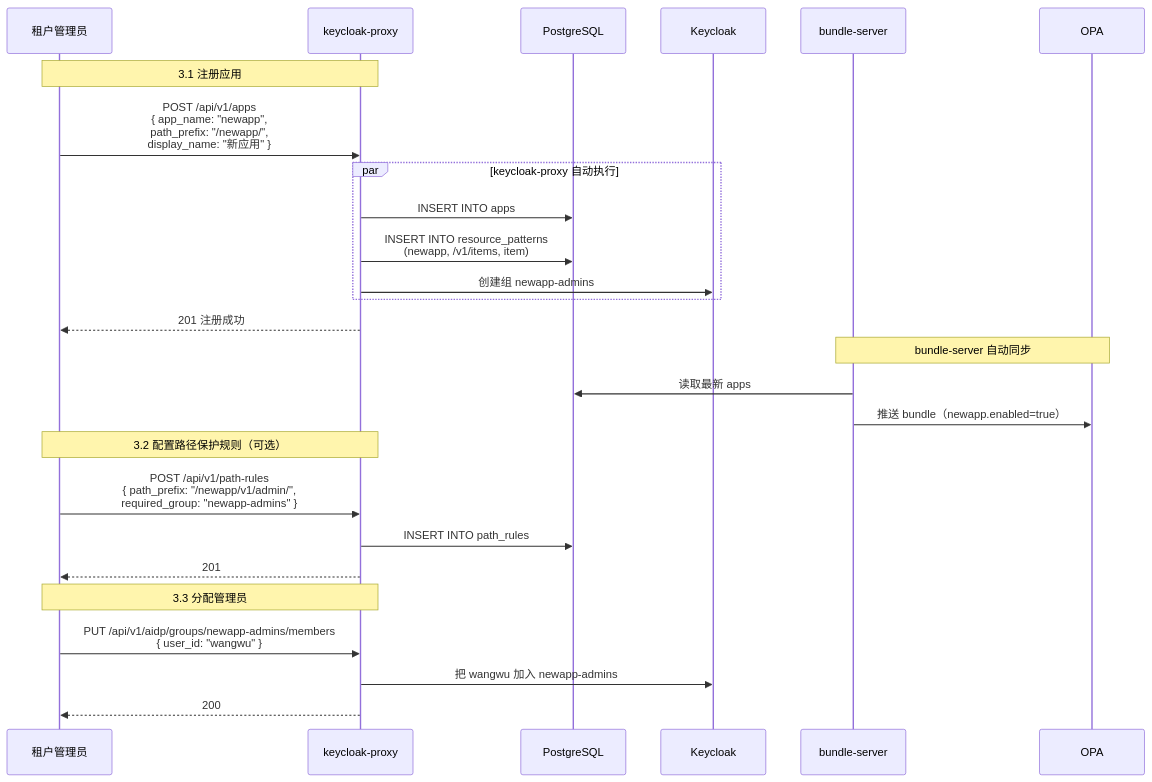
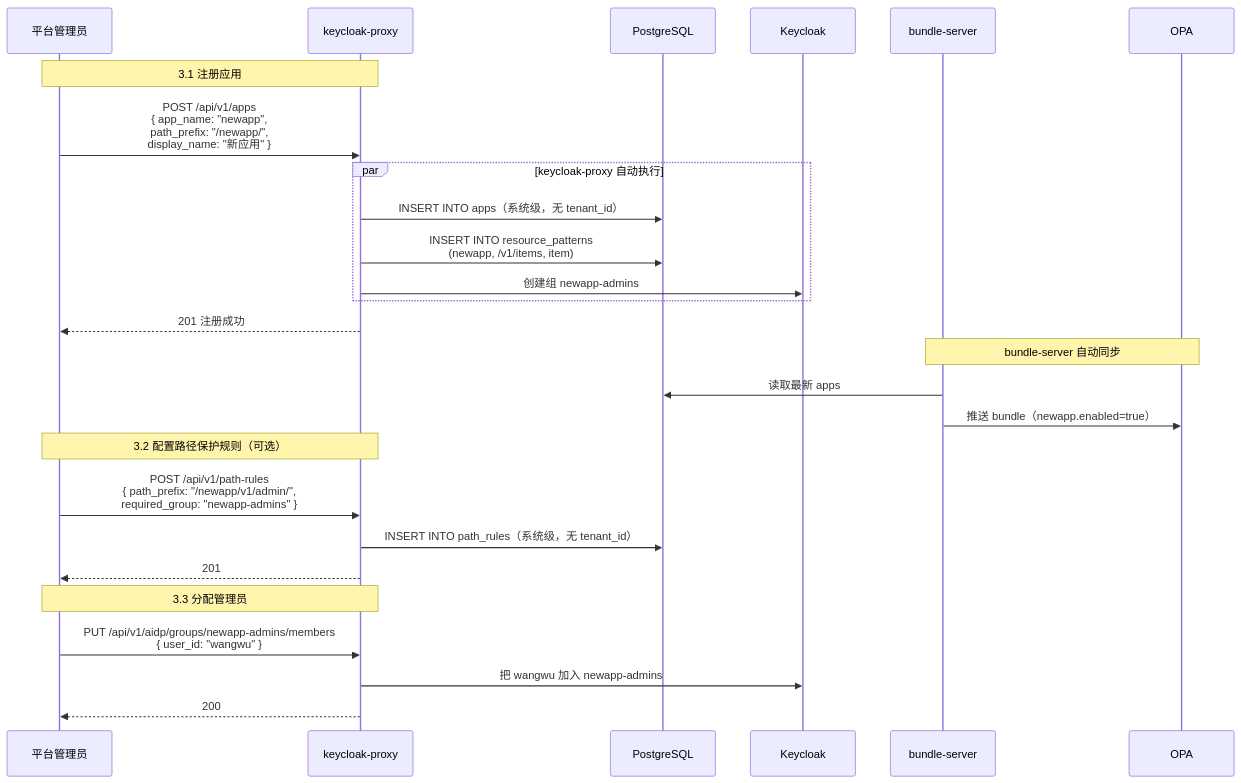
Before and after one commit to xiewanchao/aidp-iam: the fourth of 10 diagrams in diagrams/onboarding-flow.md, drawn with Mermaid. The commit also changed other lines of this file and 5 other files, not shown here.

````diff
--- a/diagrams/onboarding-flow.md
+++ b/diagrams/onboarding-flow.md
@@ -76,37 +101,37 @@
 ```mermaid
 sequenceDiagram
-    participant ADMIN as 租户管理员
+    participant ADMIN as 平台管理员
     participant KP as keycloak-proxy
     participant PG as PostgreSQL
     participant KC as Keycloak
     participant BS as bundle-server
     participant OPA as OPA
 
     Note over ADMIN,KP: 3.1 注册应用
 
     ADMIN->>KP: POST /api/v1/apps<br/>{ app_name: "newapp",<br/>  path_prefix: "/newapp/",<br/>  display_name: "新应用" }
 
     par keycloak-proxy 自动执行
-        KP->>PG: INSERT INTO apps
+        KP->>PG: INSERT INTO apps（系统级，无 tenant_id）
         KP->>PG: INSERT INTO resource_patterns<br/>(newapp, /v1/items, item)
         KP->>KC: 创建组 newapp-admins
     end
 
     KP-->>ADMIN: 201 注册成功
 
     Note over BS,OPA: bundle-server 自动同步
     BS->>PG: 读取最新 apps
     BS->>OPA: 推送 bundle（newapp.enabled=true）
 
     Note over ADMIN,KP: 3.2 配置路径保护规则（可选）
 
     ADMIN->>KP: POST /api/v1/path-rules<br/>{ path_prefix: "/newapp/v1/admin/",<br/>  required_group: "newapp-admins" }
-    KP->>PG: INSERT INTO path_rules
+    KP->>PG: INSERT INTO path_rules（系统级，无 tenant_id）
     KP-->>ADMIN: 201
 
     Note over ADMIN,KP: 3.3 分配管理员
 
     ADMIN->>KP: PUT /api/v1/aidp/groups/newapp-admins/members<br/>{ user_id: "wangwu" }
     KP->>KC: 把 wangwu 加入 newapp-admins
     KP-->>ADMIN: 200
 ```
````
